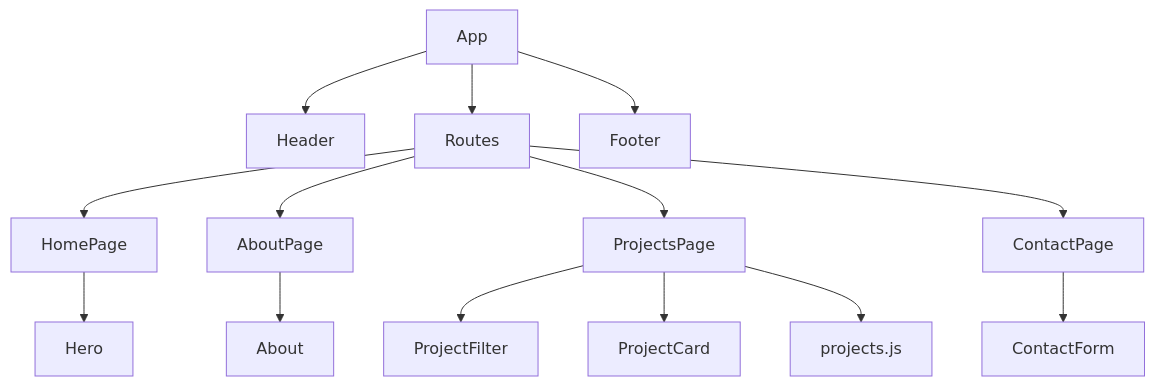
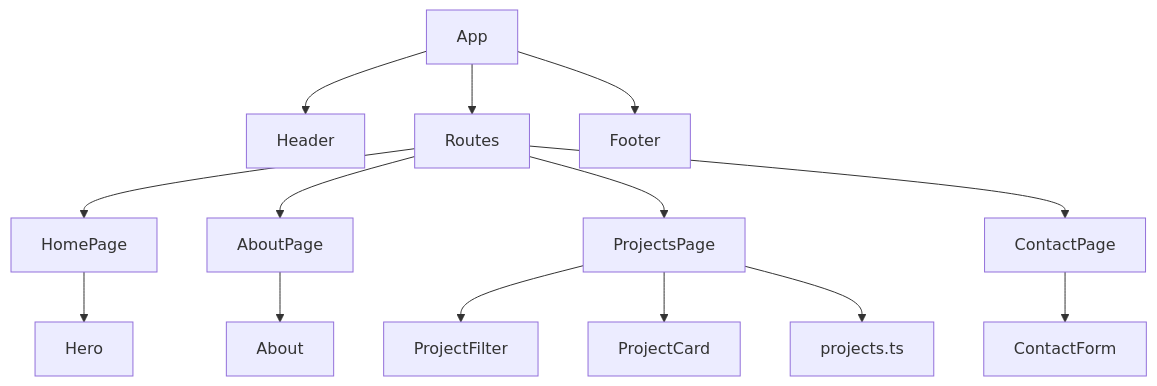
Before and after one commit to kickzon/react-portfolio: the diagram in README.md, drawn with Mermaid. The commit also changed other lines of this file and 2 other files, not shown here.

````diff
--- a/README.md
+++ b/README.md
@@ -71,18 +91,18 @@
 ```mermaid
 flowchart TD
     App --> Header
     App --> Routes
     App --> Footer
 
     Routes --> HomePage
     Routes --> AboutPage
     Routes --> ProjectsPage
     Routes --> ContactPage
 
     HomePage --> Hero
     AboutPage --> About
     ProjectsPage --> ProjectFilter
     ProjectsPage --> ProjectCard
-    ProjectsPage --> ProjectData[projects.js]
+    ProjectsPage --> ProjectData[projects.ts]
     ContactPage --> ContactForm
 ```
````
